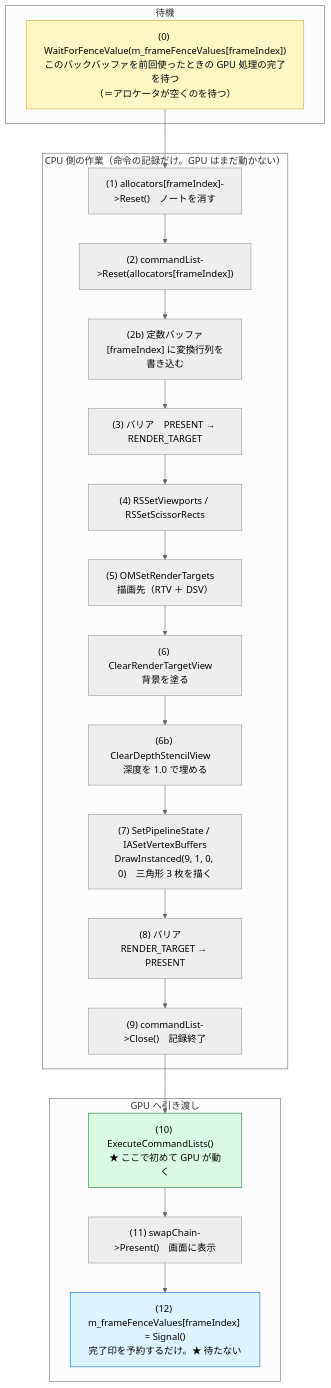
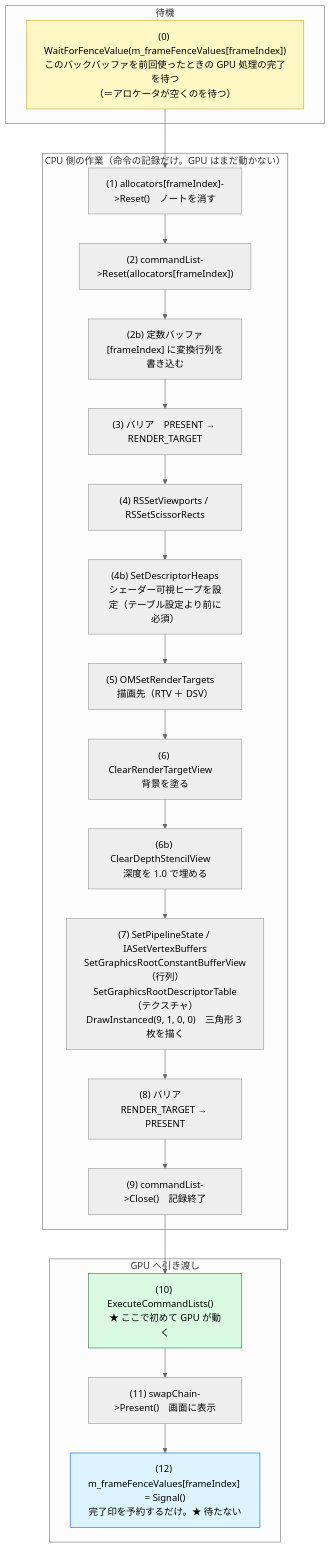
One commit to Tomonorarari-Think/DirectX12Dev changed the third of 4 diagrams in docs/architecture/03_初期化と1フレームの流れ.md. Above: the diagram before and after it, drawn with Mermaid (neutral theme). The commit also changed other lines of this file and 17 other files, not shown here.

````diff
--- a/docs/architecture/03_初期化と1フレームの流れ.md
+++ b/docs/architecture/03_初期化と1フレームの流れ.md
@@ -100,35 +106,36 @@
 ```mermaid
 flowchart TD
     subgraph WAIT["待機"]
         W0["(0) WaitForFenceValue(m_frameFenceValues[frameIndex])<br/>このバックバッファを前回使ったときの GPU 処理の完了を待つ<br/>（＝アロケータが空くのを待つ）"]
     end
 
     subgraph CPU["CPU 側の作業（命令の記録だけ。GPU はまだ動かない）"]
         C1["(1) allocators[frameIndex]->Reset()　ノートを消す"]
         C2["(2) commandList->Reset(allocators[frameIndex])"]
         C2b["(2b) 定数バッファ[frameIndex] に変換行列を書き込む"]
         C3["(3) バリア　PRESENT → RENDER_TARGET"]
         C4["(4) RSSetViewports / RSSetScissorRects"]
+        C4b["(4b) SetDescriptorHeaps<br/>シェーダー可視ヒープを設定（テーブル設定より前に必須）"]
         C5["(5) OMSetRenderTargets　描画先（RTV ＋ DSV）"]
         C6["(6) ClearRenderTargetView　背景を塗る"]
         C6b["(6b) ClearDepthStencilView　深度を 1.0 で埋める"]
-        C7["(7) SetPipelineState / IASetVertexBuffers<br/>DrawInstanced(9, 1, 0, 0)　三角形 3 枚を描く"]
+        C7["(7) SetPipelineState / IASetVertexBuffers<br/>SetGraphicsRootConstantBufferView（行列）<br/>SetGraphicsRootDescriptorTable（テクスチャ）<br/>DrawInstanced(9, 1, 0, 0)　三角形 3 枚を描く"]
         C8["(8) バリア　RENDER_TARGET → PRESENT"]
         C9["(9) commandList->Close()　記録終了"]
-        C1 --> C2 --> C2b --> C3 --> C4 --> C5 --> C6 --> C6b --> C7 --> C8 --> C9
+        C1 --> C2 --> C2b --> C3 --> C4 --> C4b --> C5 --> C6 --> C6b --> C7 --> C8 --> C9
     end
 
     subgraph GPU["GPU へ引き渡し"]
         G10["(10) ExecuteCommandLists()　★ ここで初めて GPU が動く"]
         G11["(11) swapChain->Present()　画面に表示"]
         G12["(12) m_frameFenceValues[frameIndex] = Signal()<br/>完了印を予約するだけ。★ 待たない"]
         G10 --> G11 --> G12
     end
 
     W0 --> C1
     C9 --> G10
 
     style W0 fill:#fff8c5,stroke:#d4a72c
     style G10 fill:#dafbe1,stroke:#1a7f37
     style G12 fill:#ddf4ff,stroke:#0969da
 ```
````
